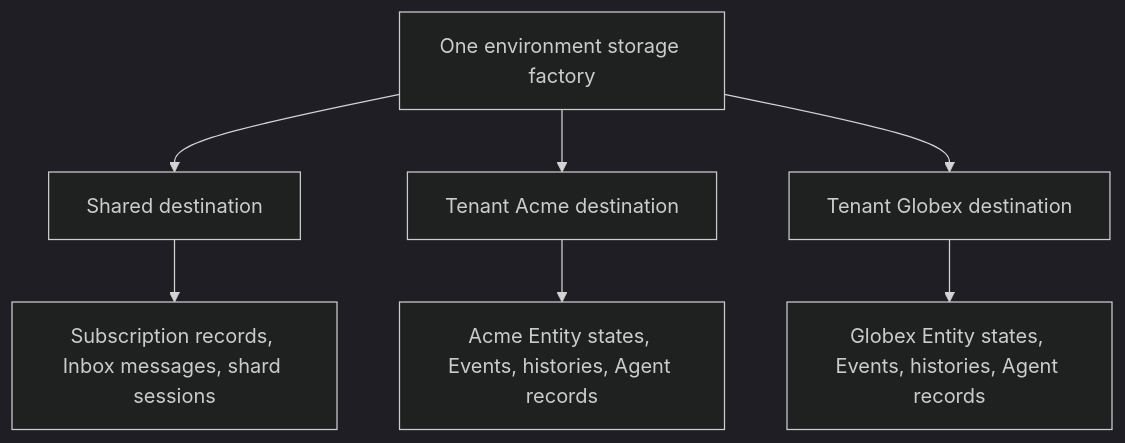
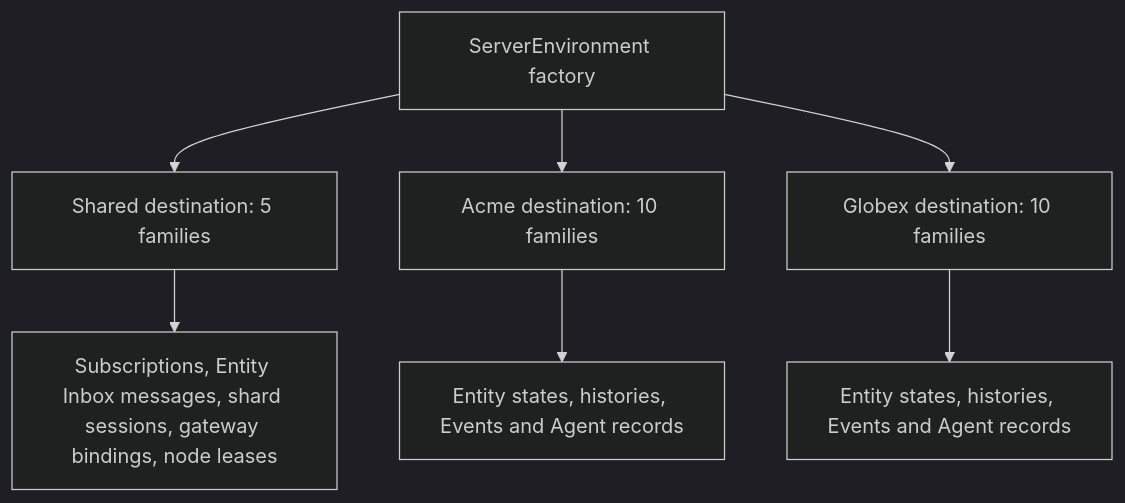
The third of 4 diagrams in docs/STORAGE_LAYOUT.md (SpineEventEngine/spine-ts), drawn with Mermaid (dark theme) before and after one commit. The commit also changed other lines of this file and 2 other files, not shown here.

Commit message:
Explain storage layouts separately for both tenancy modes

````diff
--- a/docs/STORAGE_LAYOUT.md
+++ b/docs/STORAGE_LAYOUT.md
@@ -148,10 +1694,9 @@
 ```mermaid
 flowchart TD
-    Factory[One environment storage factory]
-    Factory --> Shared[Shared destination]
-    Factory --> Acme[Tenant Acme destination]
-    Factory --> Globex[Tenant Globex destination]
-    Shared --> Internal[Subscription records, Inbox messages, shard sessions]
-    Acme --> AcmeData[Acme Entity states, Events, histories, Agent records]
-    Globex --> GlobexData[Globex Entity states, Events, histories, Agent records]
+  E[ServerEnvironment factory] --> S[Shared destination: 5 families]
+  E --> A[Acme destination: 10 families]
+  E --> G[Globex destination: 10 families]
+  S --> I[Subscriptions, Entity Inbox messages, shard sessions, gateway bindings, node leases]
+  A --> AD[Entity states, histories, Events and Agent records]
+  G --> GD[Entity states, histories, Events and Agent records]
 ```
````
